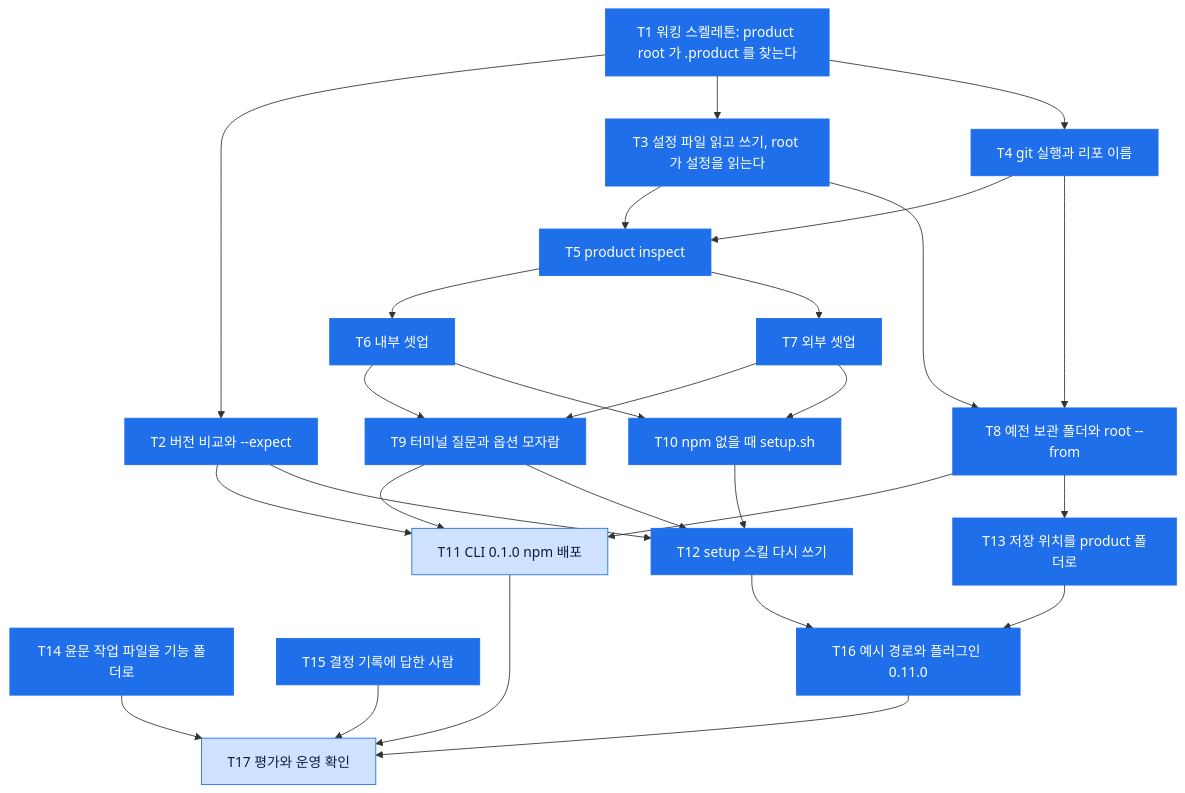
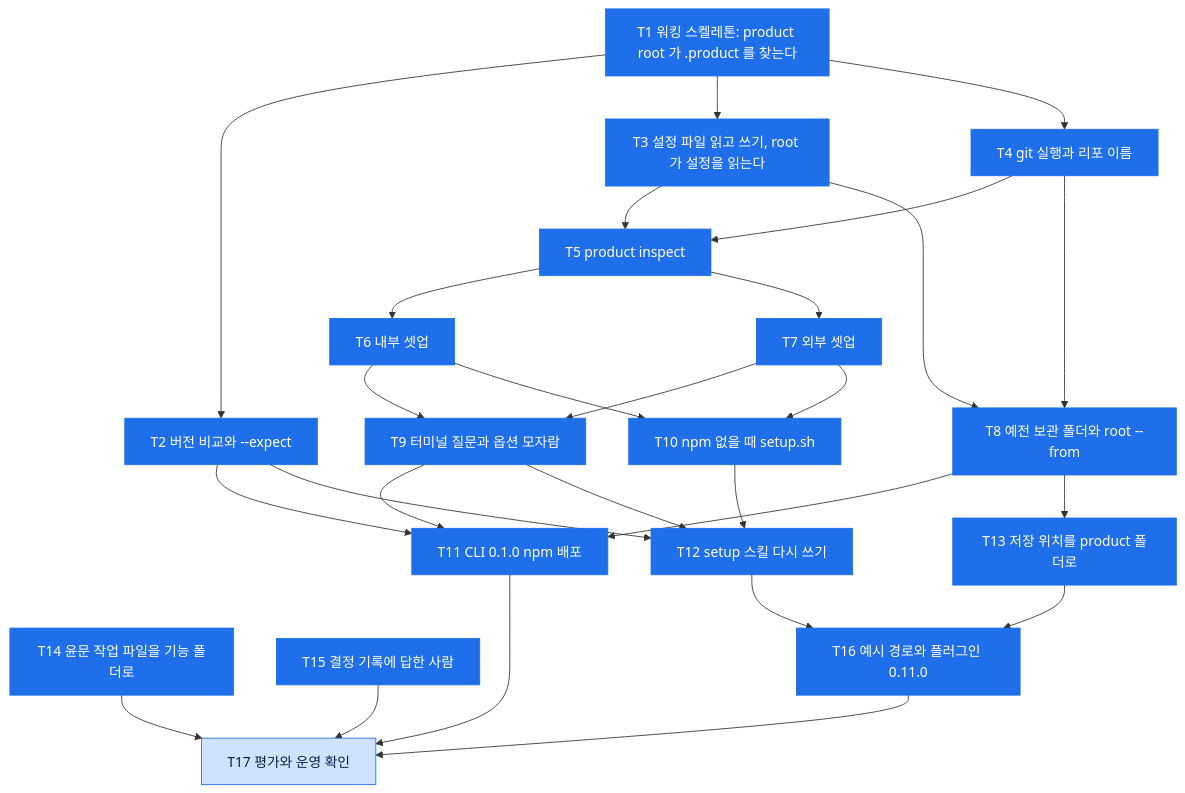
The diagram in .product/features/261122_setup-method/tasks.md (dorage/product-skills), drawn with Mermaid before and after one commit. The commit also changed other lines of this file, not shown here.

Commit message:
chore:CLI 0.1.0 배포 완료 기록
플러그인이 기대하는 CLI 버전이 npm 에 올라간 것을 진행 상태에 남기려고

````diff
--- a/.product/features/261122_setup-method/tasks.md
+++ b/.product/features/261122_setup-method/tasks.md
@@ -7,50 +7,50 @@
 ```mermaid
 flowchart TD
     T1["T1 워킹 스켈레톤: product root 가 .product 를 찾는다"]
     T2["T2 버전 비교와 --expect"]
     T3["T3 설정 파일 읽고 쓰기, root 가 설정을 읽는다"]
     T4["T4 git 실행과 리포 이름"]
     T5["T5 product inspect"]
     T6["T6 내부 셋업"]
     T7["T7 외부 셋업"]
     T8["T8 예전 보관 폴더와 root --from"]
     T9["T9 터미널 질문과 옵션 모자람"]
     T10["T10 npm 없을 때 setup.sh"]
     T11["T11 CLI 0.1.0 npm 배포"]
     T12["T12 setup 스킬 다시 쓰기"]
     T13["T13 저장 위치를 product 폴더로"]
     T14["T14 윤문 작업 파일을 기능 폴더로"]
     T15["T15 결정 기록에 답한 사람"]
     T16["T16 예시 경로와 플러그인 0.11.0"]
     T17["T17 평가와 운영 확인"]
     T1 --> T2
     T1 --> T3
     T1 --> T4
     T3 --> T5
     T4 --> T5
     T5 --> T6
     T5 --> T7
     T3 --> T8
     T4 --> T8
     T6 --> T9
     T7 --> T9
     T6 --> T10
     T7 --> T10
     T2 --> T11
     T8 --> T11
     T9 --> T11
     T9 --> T12
     T10 --> T12
     T2 --> T12
     T8 --> T13
     T12 --> T16
     T13 --> T16
     T11 --> T17
     T14 --> T17
     T15 --> T17
     T16 --> T17
     classDef done fill:#1f6feb,stroke:#1f6feb,color:#ffffff
     classDef todo fill:#cfe2ff,stroke:#1f6feb,color:#0b1f44
-    class T1,T2,T3,T4,T5,T6,T7,T8,T9,T10,T12,T13,T14,T15,T16 done
-    class T11,T17 todo
+    class T1,T2,T3,T4,T5,T6,T7,T8,T9,T10,T11,T12,T13,T14,T15,T16 done
+    class T17 todo
 ```
````
